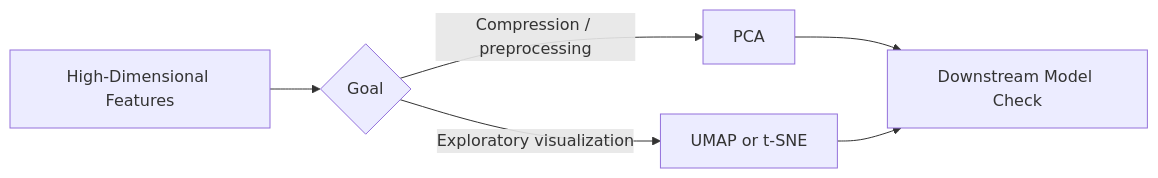
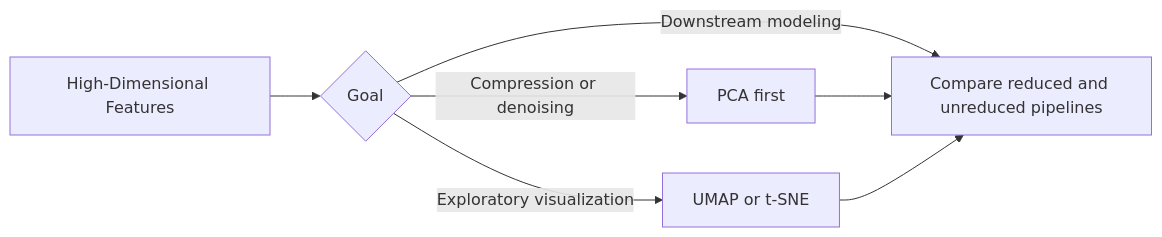
The diagram in _posts/2026-01-14-dimensionality-reduction-pca-umap-tsne.md (sandeepbhardwaj/sandeepbhardwaj.github.io), drawn with Mermaid before and after one commit. The commit also changed other lines of this file and 19 other files, not shown here.

````diff
--- a/_posts/2026-01-14-dimensionality-reduction-pca-umap-tsne.md
+++ b/_posts/2026-01-14-dimensionality-reduction-pca-umap-tsne.md
@@ -46,8 +50,9 @@
 ```mermaid
 flowchart LR
     A[High-Dimensional Features] --> B{Goal}
-    B -->|Compression / preprocessing| C[PCA]
+    B -->|Compression or denoising| C[PCA first]
     B -->|Exploratory visualization| D[UMAP or t-SNE]
-    C --> E[Downstream Model Check]
+    B -->|Downstream modeling| E[Compare reduced and unreduced pipelines]
+    C --> E
     D --> E
 ```
````
